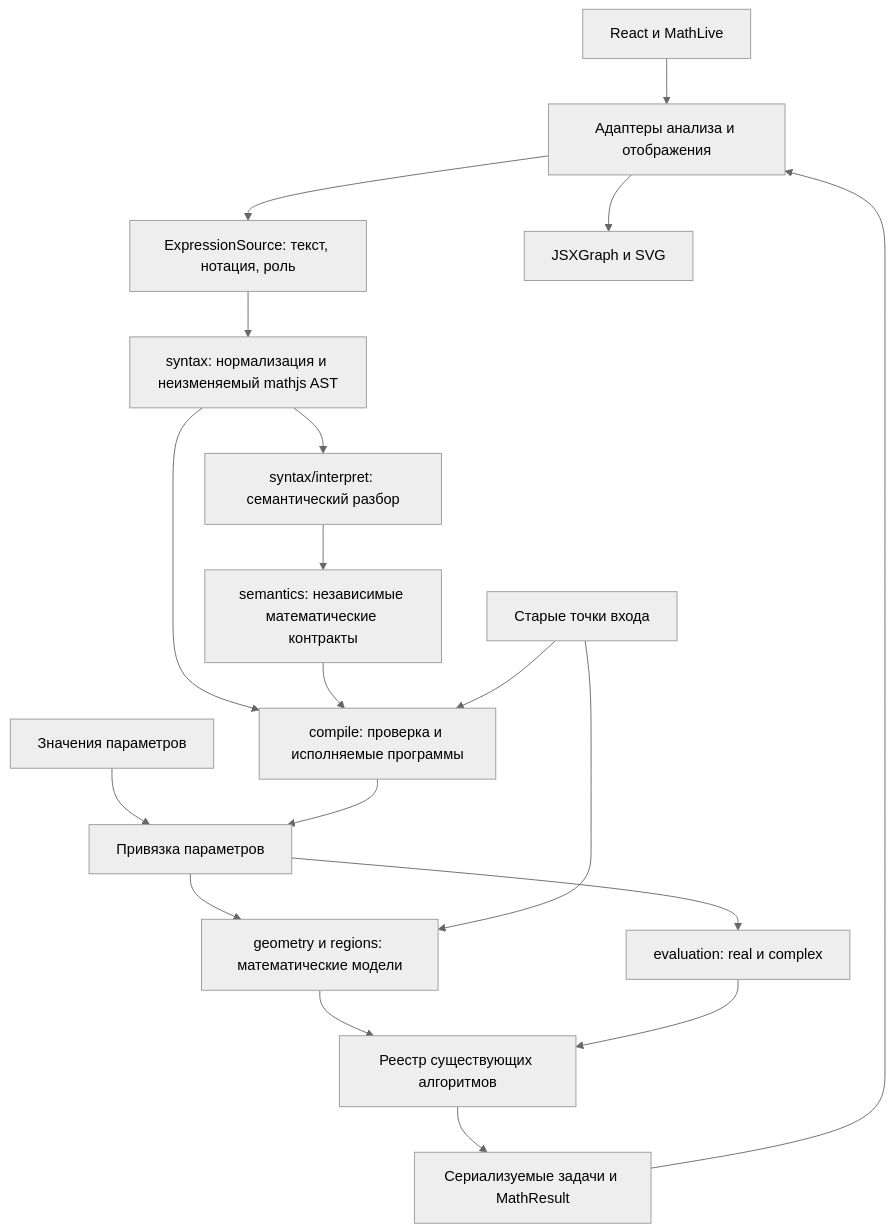
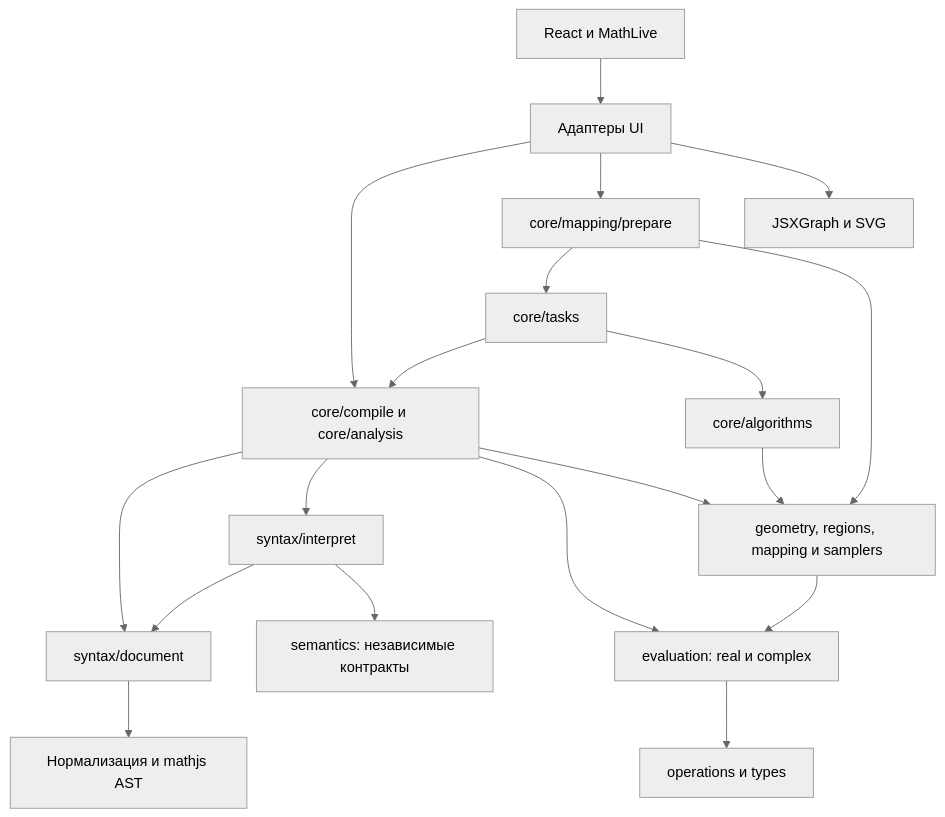
One commit to annihilatype/MathCollaboratory changed the diagram in docs/math-core-v0.6.md. Above: the diagram before and after it, drawn with Mermaid (neutral theme). The commit also changed other lines of this file and 2 other files, not shown here.

Commit message:
Protect cached complex values from legacy caller mutations

````diff
--- a/docs/math-core-v0.6.md
+++ b/docs/math-core-v0.6.md
@@ -18,21 +18,21 @@
 ```mermaid
 flowchart TD
-  UI[React и MathLive] --> AD[Адаптеры анализа и отображения]
-  AD --> SOURCE[ExpressionSource: текст, нотация, роль]
-  SOURCE --> SYNTAX[syntax: нормализация и неизменяемый mathjs AST]
-  SYNTAX --> LOWER[syntax/interpret: семантический разбор]
-  LOWER --> SEM[semantics: независимые математические контракты]
-  SYNTAX --> COMP[compile: проверка и исполняемые программы]
-  SEM --> COMP
-  PARAM[Значения параметров] --> BIND[Привязка параметров]
-  COMP --> BIND
-  BIND --> EVAL[evaluation: real и complex]
-  BIND --> GEO[geometry и regions: математические модели]
-  GEO --> ALG[Реестр существующих алгоритмов]
-  EVAL --> ALG
-  ALG --> TASK[Сериализуемые задачи и MathResult]
-  TASK --> AD
+  UI[React и MathLive] --> AD[Адаптеры UI]
+  AD --> COMP[core/compile и core/analysis]
+  AD --> PREP[core/mapping/prepare]
   AD --> RENDER[JSXGraph и SVG]
-  LEGACY[Старые точки входа] --> COMP
-  LEGACY --> GEO
+  PREP --> TASK[core/tasks]
+  PREP --> GEO[geometry, regions, mapping и samplers]
+  TASK --> COMP
+  TASK --> ALG[core/algorithms]
+  ALG --> GEO
+  COMP --> DOC[syntax/document]
+  COMP --> LOWER[syntax/interpret]
+  LOWER --> DOC
+  LOWER --> SEM[semantics: независимые контракты]
+  COMP --> EVAL[evaluation: real и complex]
+  COMP --> GEO
+  DOC --> SYNTAX[Нормализация и mathjs AST]
+  GEO --> EVAL
+  EVAL --> OPS[operations и types]
 ```
````
